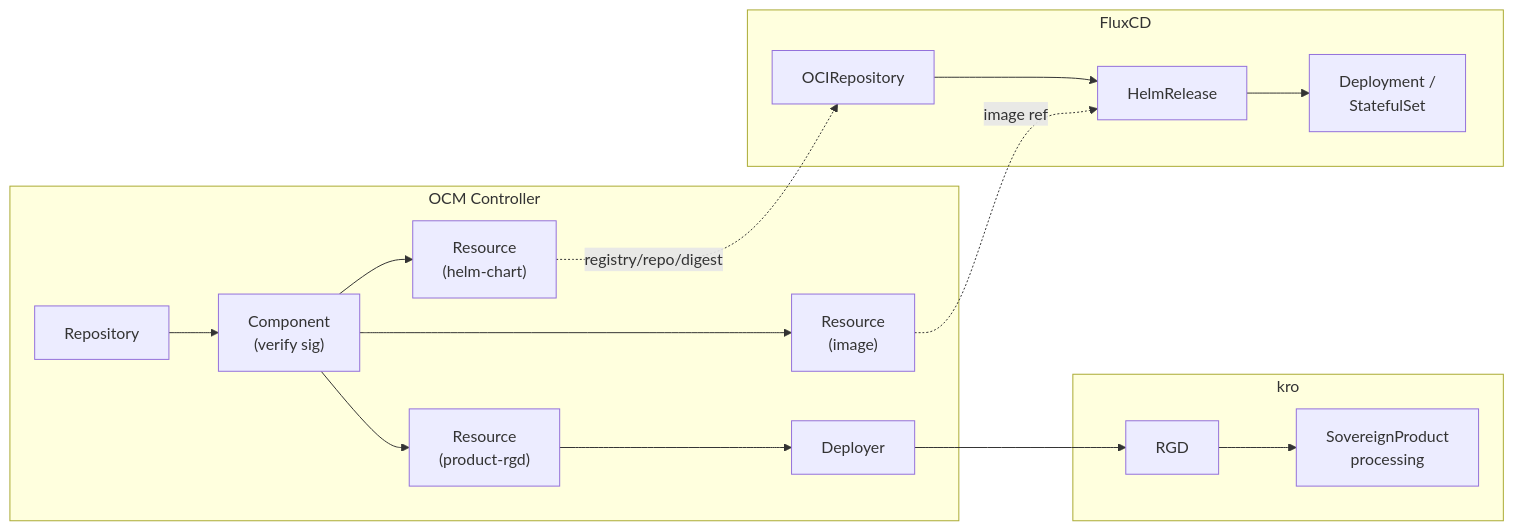
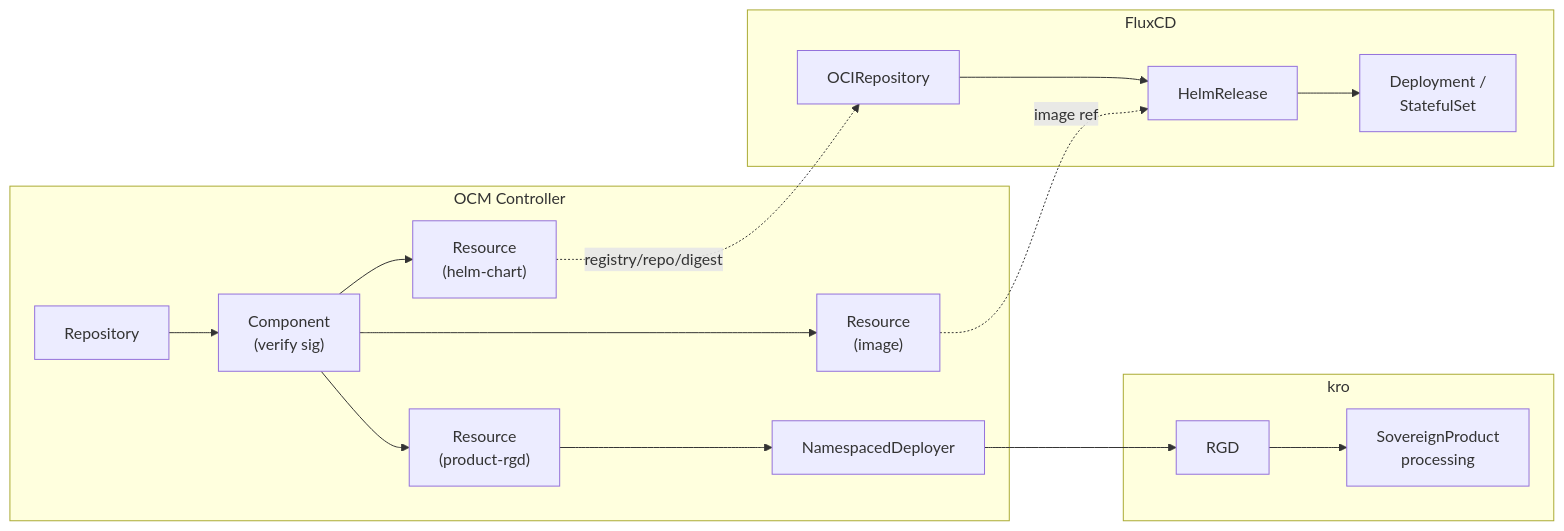
The third of 3 diagrams in conformance/scenarios/sovereign/README.md (sk31337/open-component-model), drawn with Mermaid before and after one commit. The commit also changed other lines of this file and 14 other files, not shown here.

First line of the commit message:
chore(conformance): bump kro to 0.9.4 and deploy via NamespacedDeployer (#4021)

````diff
--- a/conformance/scenarios/sovereign/README.md
+++ b/conformance/scenarios/sovereign/README.md
@@ -88,22 +89,22 @@
 ```mermaid
 flowchart LR
     subgraph ocm["OCM Controller"]
         repository["Repository"] --> component["Component\n(verify sig)"]
         component --> res_rgd["Resource\n(product-rgd)"]
         component --> res_chart["Resource\n(helm-chart)"]
         component --> res_image["Resource\n(image)"]
-        res_rgd --> deployer["Deployer"]
+        res_rgd --> deployer["NamespacedDeployer"]
     end
 
     subgraph kro["kro"]
         deployer --> rgd2["RGD"]
         rgd2 --> sp2["SovereignProduct\nprocessing"]
     end
 
     subgraph flux["FluxCD"]
         res_chart -. "registry/repo/digest" .-> oci_repo["OCIRepository"]
         oci_repo --> helm["HelmRelease"]
         res_image -. "image ref" .-> helm
         helm --> workload["Deployment /\nStatefulSet"]
     end
 ```
````
